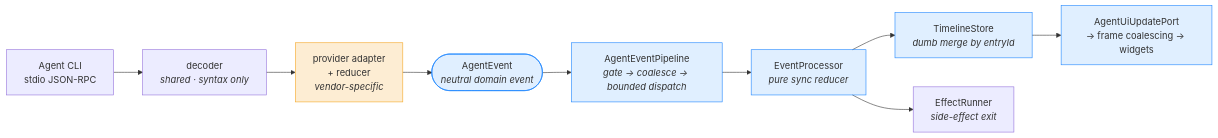
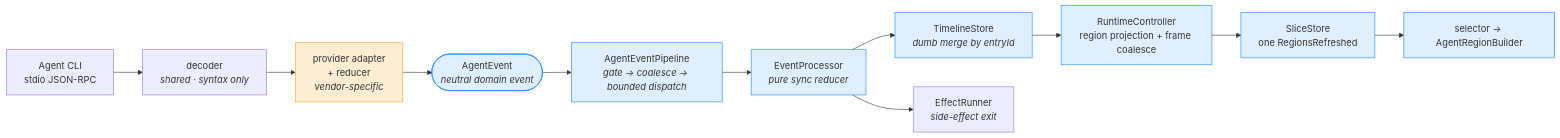
One commit to linpeilie/zeta changed the second of 6 diagrams in docs/en/architecture/overview.md. Above: the diagram before and after it, drawn with Mermaid. The commit also changed other lines of this file and 12 other files, not shown here.

Commit message:
docs(agent): 同步会话切片两跳链路与 RuntimeController 归属

````diff
--- a/docs/en/architecture/overview.md
+++ b/docs/en/architecture/overview.md
@@ -55,16 +55,18 @@
 ```mermaid
 flowchart LR
     cli["Agent CLI<br/>stdio JSON-RPC"] --> dec["decoder<br/><i>shared · syntax only</i>"]
     dec --> ad["provider adapter<br/>+ reducer<br/><i>vendor-specific</i>"]
     ad --> ev(["AgentEvent<br/><i>neutral domain event</i>"])
     ev --> pipe["AgentEventPipeline<br/><i>gate → coalesce → bounded dispatch</i>"]
     pipe --> proc["EventProcessor<br/><i>pure sync reducer</i>"]
     proc --> store["TimelineStore<br/><i>dumb merge by entryId</i>"]
     proc --> eff["EffectRunner<br/><i>side-effect exit</i>"]
-    store --> ui["AgentUiUpdatePort<br/>→ frame coalescing → widgets"]
+    store --> runtime["RuntimeController<br/>region projection + frame coalesce"]
+    runtime --> slice["SliceStore<br/>one RegionsRefreshed"]
+    slice --> ui["selector → AgentRegionBuilder"]
 
     classDef vendor fill:#F5A62333,stroke:#F5A623
     classDef neutral fill:#1B84FF22,stroke:#1B84FF
     class ad vendor
-    class ev,pipe,proc,store,ui neutral
+    class ev,pipe,proc,store,runtime,slice,ui neutral
 ```
````
